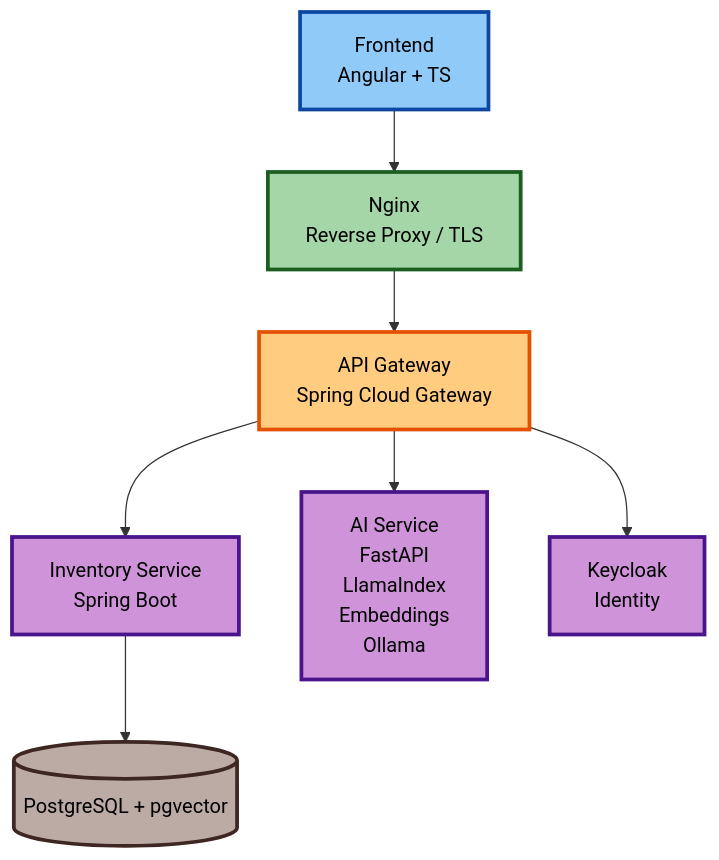
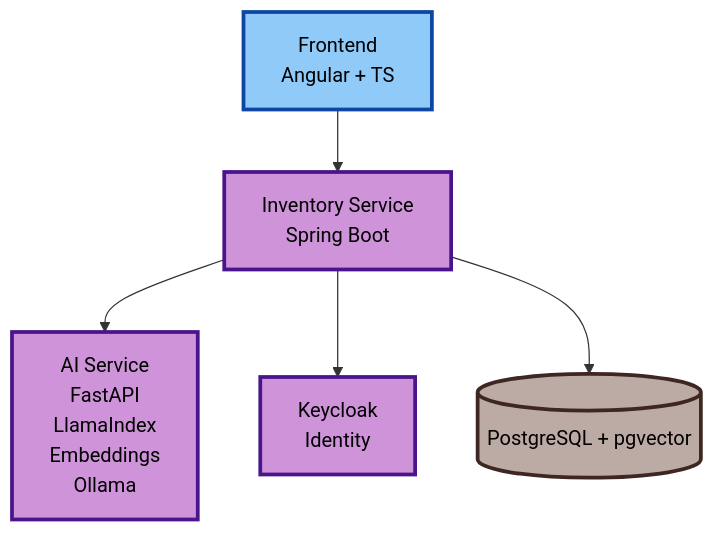
Before and after one commit to Alexlizzt/NeuroInventory: the third of 3 diagrams in README.md, drawn with Mermaid. The commit also changed other lines of this file, not shown here.

Commit message:
fix: omite api y nginx - no viable

````diff
--- a/README.md
+++ b/README.md
@@ -507,34 +505,28 @@
 ```mermaid
 graph TD
     %% Estilos de nodos con mejor contraste
     classDef frontend fill:#90CAF9,stroke:#0D47A1,stroke-width:3px,color:#000;
     classDef proxy fill:#A5D6A7,stroke:#1B5E20,stroke-width:3px,color:#000;
     classDef gateway fill:#FFCC80,stroke:#E65100,stroke-width:3px,color:#000;
     classDef service fill:#CE93D8,stroke:#4A148C,stroke-width:3px,color:#000;
     classDef db fill:#BCAAA4,stroke:#3E2723,stroke-width:3px,color:#000;
 
     %% Componentes
     FE["Frontend<br>Angular + TS"]:::frontend
 
-    Nginx["Nginx<br>Reverse Proxy / TLS"]:::proxy
-
-    Gateway["API Gateway<br>Spring Cloud Gateway"]:::gateway
-
     Inventory["Inventory Service<br>Spring Boot"]:::service
 
     AI["AI Service<br>FastAPI<br>LlamaIndex<br>Embeddings<br>Ollama"]:::service
 
     Keycloak["Keycloak<br>Identity"]:::service
 
     DB[("PostgreSQL + pgvector")]:::db
 
     %% Flujo
-    FE --> Nginx
-    Nginx --> Gateway
+    FE --> Inventory
 
-    Gateway --> Inventory
-    Gateway --> AI
-    Gateway --> Keycloak
+    Inventory --> AI
+    Inventory --> Keycloak
 
     Inventory --> DB
 ```
````
